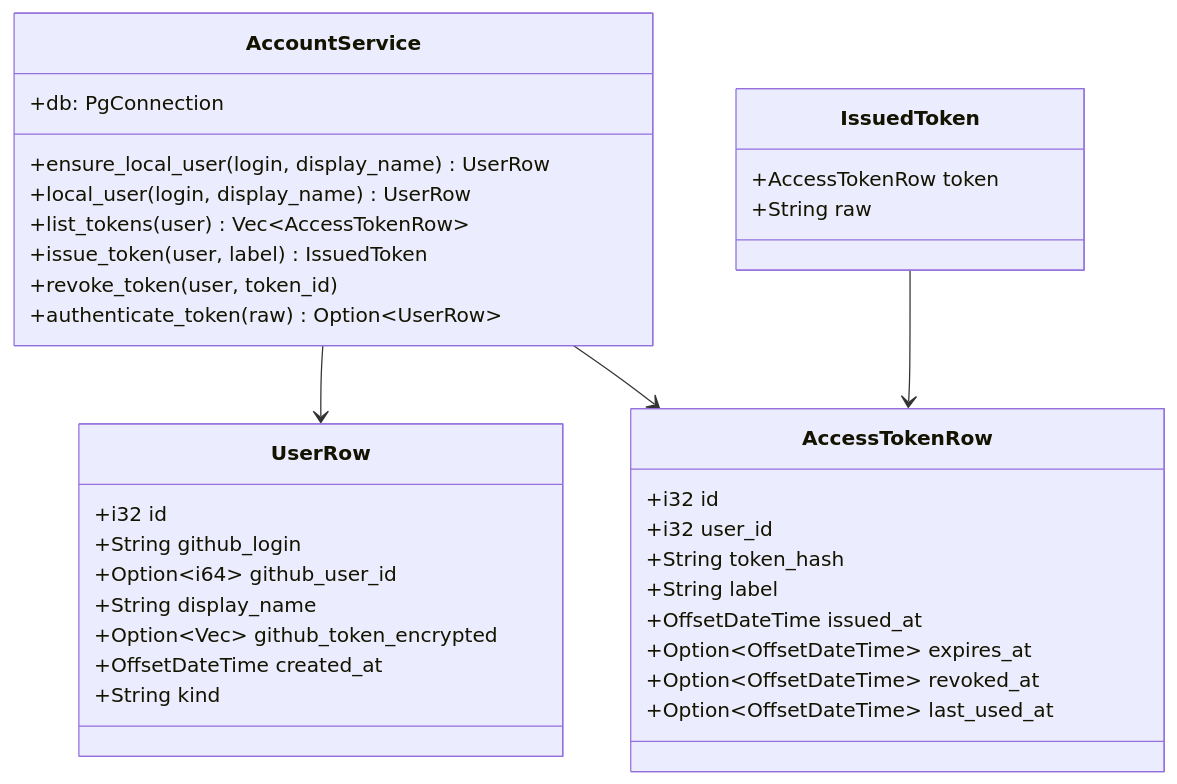
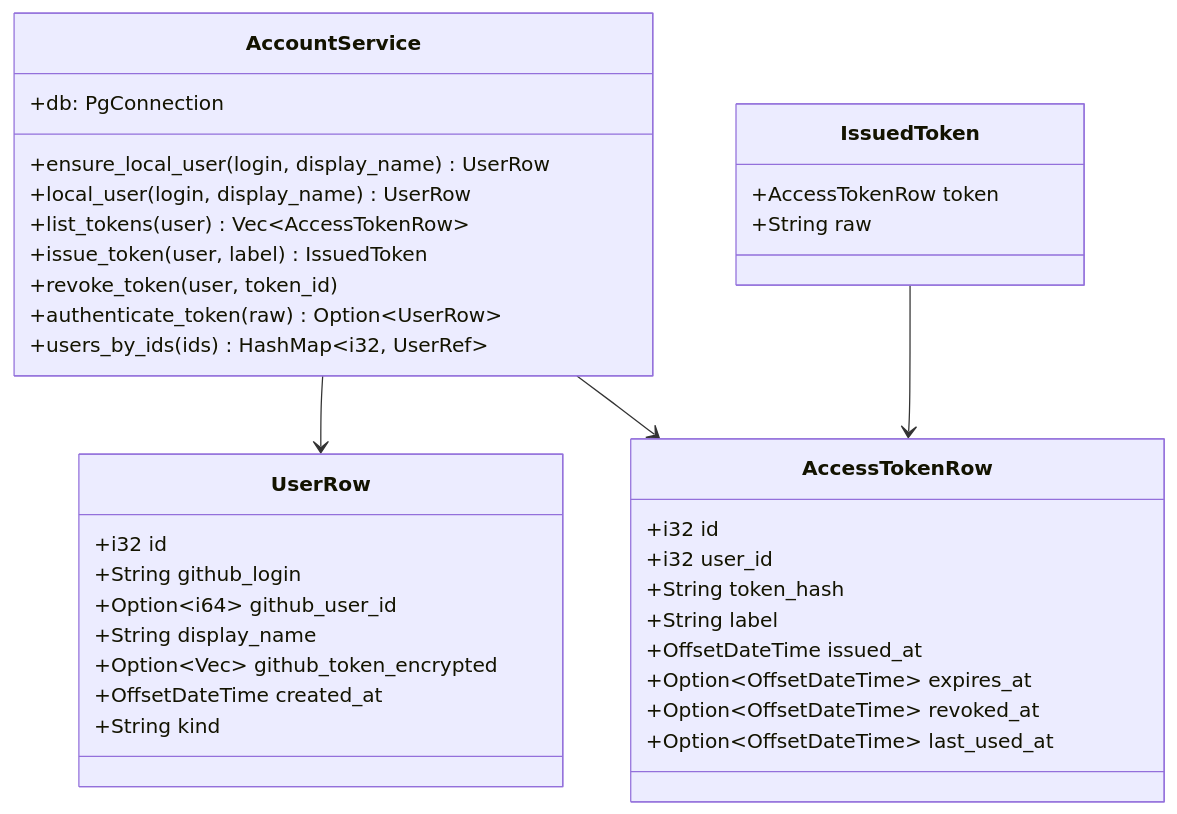
One commit to HoyoungParkme/syncdoc changed the fourth of 6 diagrams in docs/specs/06-DOM/SYNC-DOM-004.md. Above: the diagram before and after it, drawn with Mermaid. The commit also changed other lines of this file and 35 other files, not shown here.

````diff
--- a/docs/specs/06-DOM/SYNC-DOM-004.md
+++ b/docs/specs/06-DOM/SYNC-DOM-004.md
@@ -422,38 +481,39 @@
 ```mermaid
 classDiagram
     class AccountService {
         +db: PgConnection
         +ensure_local_user(login, display_name) UserRow
         +local_user(login, display_name) UserRow
         +list_tokens(user) Vec~AccessTokenRow~
         +issue_token(user, label) IssuedToken
         +revoke_token(user, token_id)
         +authenticate_token(raw) Option~UserRow~
+        +users_by_ids(ids) HashMap~i32, UserRef~
     }
     class UserRow {
         +i32 id
         +String github_login
         +Option~i64~ github_user_id
         +String display_name
         +Option~Vec~ github_token_encrypted
         +OffsetDateTime created_at
         +String kind
     }
     class AccessTokenRow {
         +i32 id
         +i32 user_id
         +String token_hash
         +String label
         +OffsetDateTime issued_at
         +Option~OffsetDateTime~ expires_at
         +Option~OffsetDateTime~ revoked_at
         +Option~OffsetDateTime~ last_used_at
     }
     class IssuedToken {
         +AccessTokenRow token
         +String raw
     }
     AccountService --> UserRow
     AccountService --> AccessTokenRow
     IssuedToken --> AccessTokenRow
 ```
````
